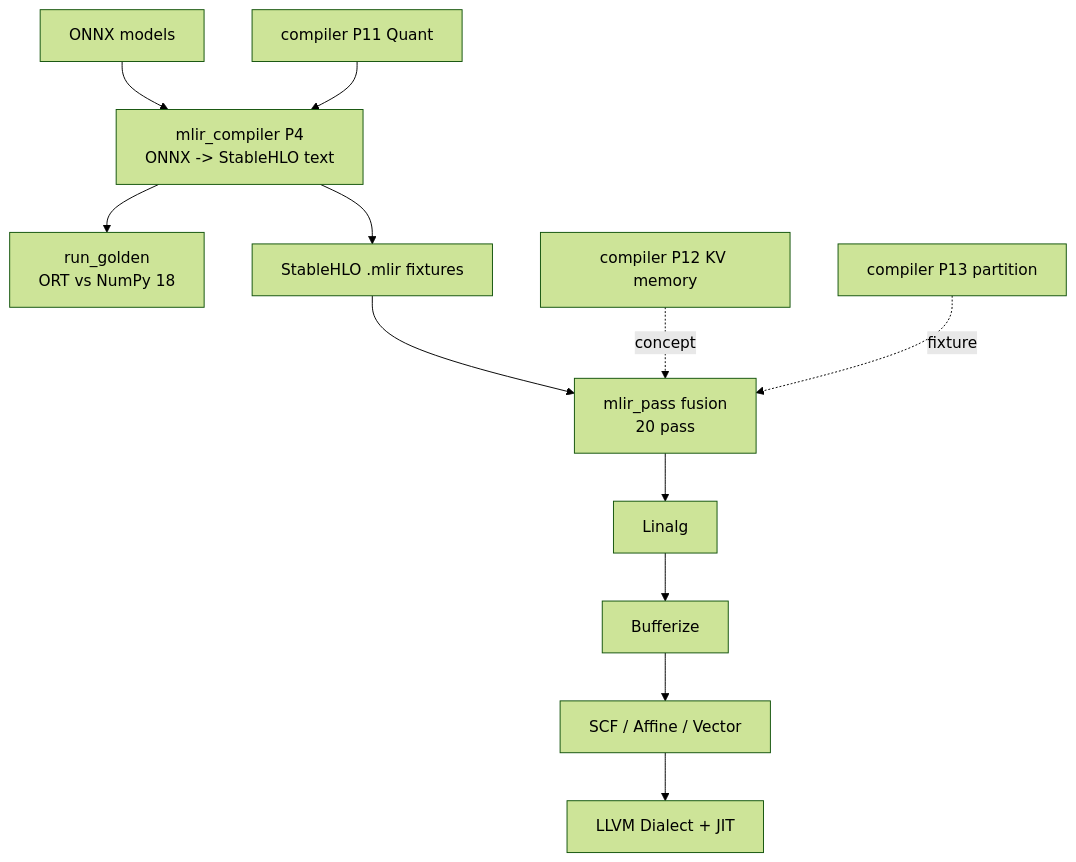
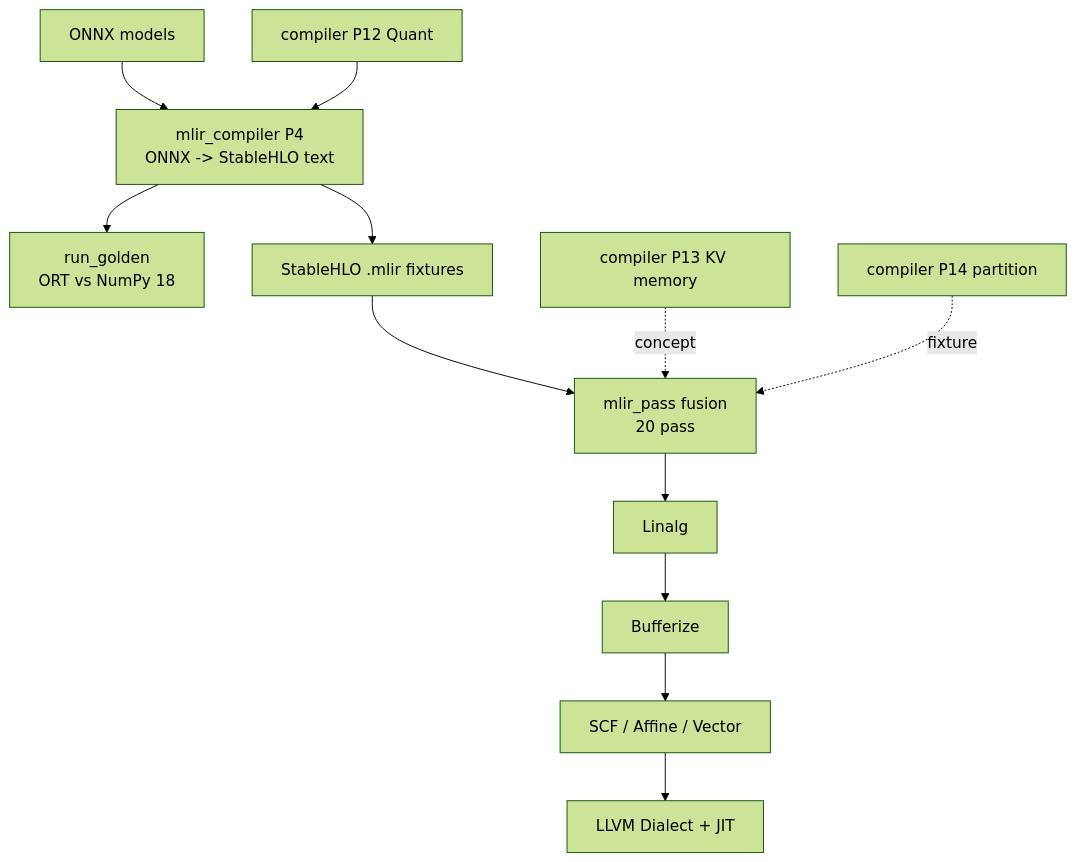
Before and after one commit to xdlhzdh/mlir_compiler: the diagram in src/mlir/gpu/docs/两仓库学习路径与代码导读.md, drawn with Mermaid (forest theme). The commit also changed other lines of this file and 74 other files, not shown here.

````diff
--- a/src/mlir/gpu/docs/两仓库学习路径与代码导读.md
+++ b/src/mlir/gpu/docs/两仓库学习路径与代码导读.md
@@ -73,14 +73,14 @@
 ```mermaid
 flowchart TB
   ONNX[ONNX models] --> P4[mlir_compiler P4\nONNX -> StableHLO text]
   P4 --> GOLD[run_golden\nORT vs NumPy 18]
   P4 --> MLIR[StableHLO .mlir fixtures]
   MLIR --> FUS[mlir_pass fusion\n20 pass]
   FUS --> LIN[Linalg]
   LIN --> BUF[Bufferize]
   BUF --> LOOP[SCF / Affine / Vector]
   LOOP --> LLVM[LLVM Dialect + JIT]
-  P11[compiler P11 Quant] --> P4
-  P12[compiler P12 KV memory] -. concept .-> FUS
-  P13[compiler P13 partition] -. fixture .-> FUS
+  P12[compiler P12 Quant] --> P4
+  P13[compiler P13 KV memory] -. concept .-> FUS
+  P14[compiler P14 partition] -. fixture .-> FUS
 ```
````
